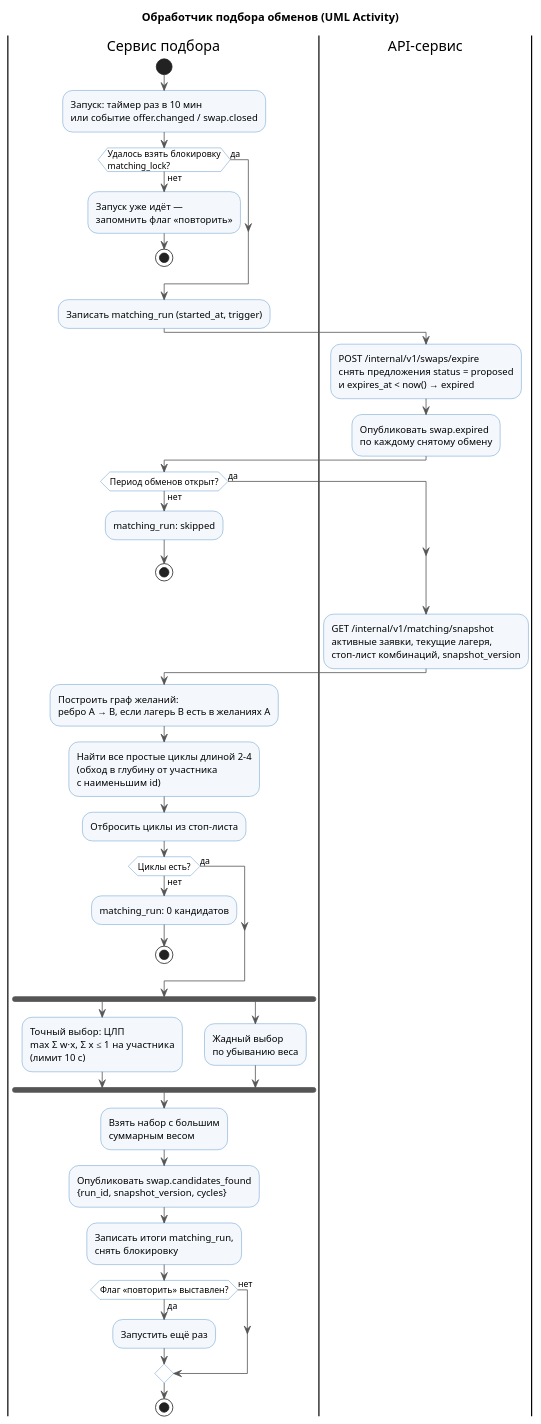
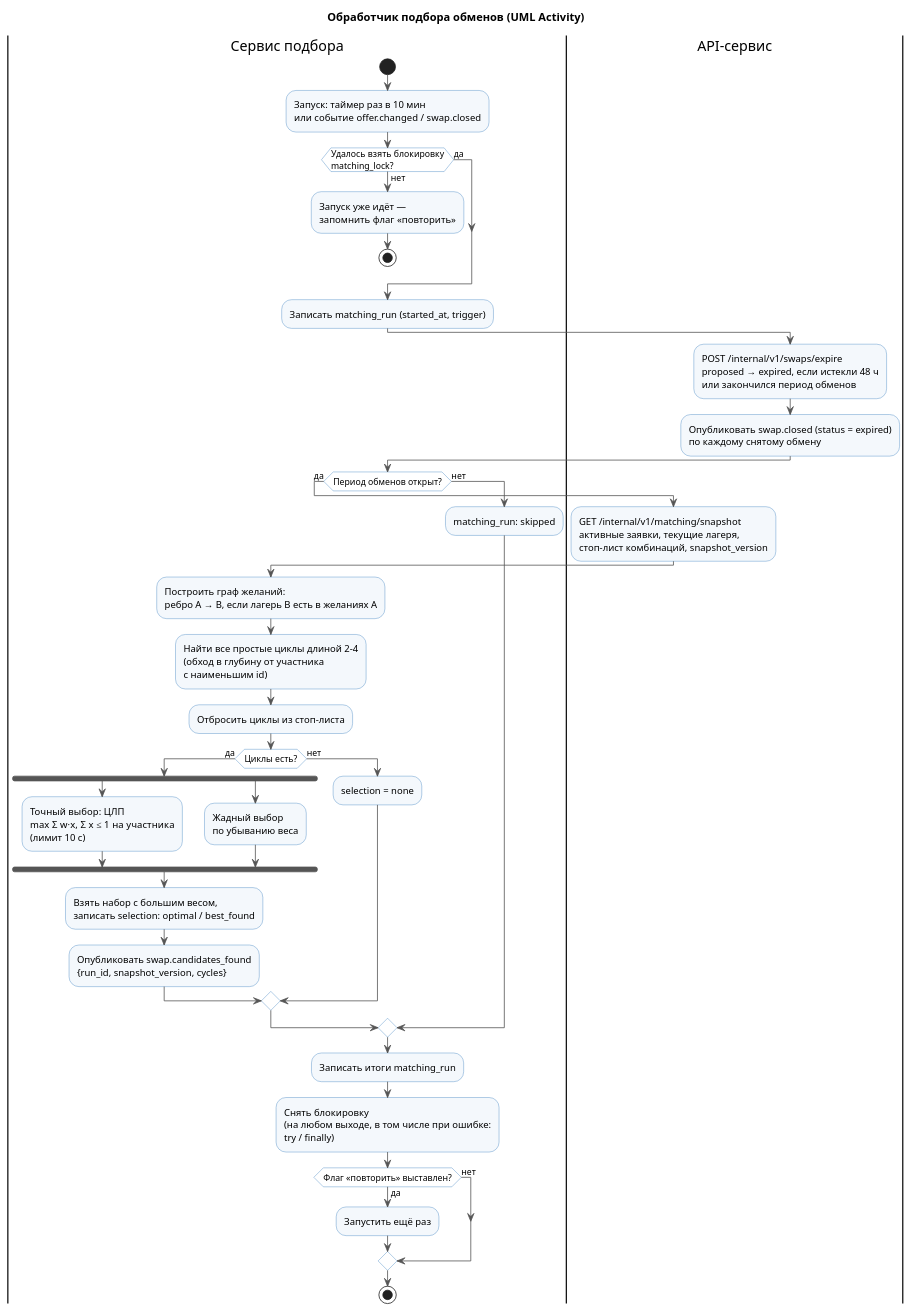
The diagram in docs/diagrams/matching-activity.puml (MatiarRKh/camp-exchange-api), drawn with PlantUML before and after one commit. The commit also changed 10 other files, not shown here.

```diff
--- a/docs/diagrams/matching-activity.puml
+++ b/docs/diagrams/matching-activity.puml
@@ -1,54 +1,53 @@
 @startuml matching-activity
 title Обработчик подбора обменов (UML Activity)
 skinparam defaultFontName "Segoe UI"
 skinparam shadowing false
 skinparam activity {
   BackgroundColor #F4F8FC
   BorderColor #3C7FC0
   DiamondBackgroundColor #FFFFFF
   ArrowColor #555555
 }
 
 |Сервис подбора|
 start
 :Запуск: таймер раз в 10 мин\nили событие offer.changed / swap.closed;
 if (Удалось взять блокировку\nmatching_lock?) then (нет)
   :Запуск уже идёт —\nзапомнить флаг «повторить»;
   stop
 else (да)
 endif
 :Записать matching_run (started_at, trigger);
 |API-сервис|
-:POST /internal/v1/swaps/expire\nснять предложения status = proposed\nи expires_at < now() → expired;
-:Опубликовать swap.expired\nпо каждому снятому обмену;
+:POST /internal/v1/swaps/expire\nproposed → expired, если истекли 48 ч\nили закончился период обменов;
+:Опубликовать swap.closed (status = expired)\nпо каждому снятому обмену;
 |Сервис подбора|
-if (Период обменов открыт?) then (нет)
+if (Период обменов открыт?) then (да)
+  |API-сервис|
+  :GET /internal/v1/matching/snapshot\nактивные заявки, текущие лагеря,\nстоп-лист комбинаций, snapshot_version;
+  |Сервис подбора|
+  :Построить граф желаний:\nребро A → B, если лагерь B есть в желаниях A;
+  :Найти все простые циклы длиной 2–4\n(обход в глубину от участника\nс наименьшим id);
+  :Отбросить циклы из стоп-листа;
+  if (Циклы есть?) then (да)
+    fork
+      :Точный выбор: ЦЛП\nmax Σ w·x, Σ x ≤ 1 на участника\n(лимит 10 с);
+    fork again
+      :Жадный выбор\nпо убыванию веса;
+    end fork
+    :Взять набор с большим весом,\nзаписать selection: optimal / best_found;
+    :Опубликовать swap.candidates_found\n{run_id, snapshot_version, cycles};
+  else (нет)
+    :selection = none;
+  endif
+else (нет)
   :matching_run: skipped;
-  stop
-else (да)
 endif
-|API-сервис|
-:GET /internal/v1/matching/snapshot\nактивные заявки, текущие лагеря,\nстоп-лист комбинаций, snapshot_version;
-|Сервис подбора|
-:Построить граф желаний:\nребро A → B, если лагерь B есть в желаниях A;
-:Найти все простые циклы длиной 2–4\n(обход в глубину от участника\nс наименьшим id);
-:Отбросить циклы из стоп-листа;
-if (Циклы есть?) then (нет)
-  :matching_run: 0 кандидатов;
-  stop
-else (да)
-endif
-fork
-  :Точный выбор: ЦЛП\nmax Σ w·x, Σ x ≤ 1 на участника\n(лимит 10 с);
-fork again
-  :Жадный выбор\nпо убыванию веса;
-end fork
-:Взять набор с большим\nсуммарным весом;
-:Опубликовать swap.candidates_found\n{run_id, snapshot_version, cycles};
-:Записать итоги matching_run,\nснять блокировку;
+:Записать итоги matching_run;
+:Снять блокировку\n(на любом выходе, в том числе при ошибке:\ntry / finally);
 if (Флаг «повторить» выставлен?) then (да)
   :Запустить ещё раз;
 else (нет)
 endif
 stop
 @enduml
```
